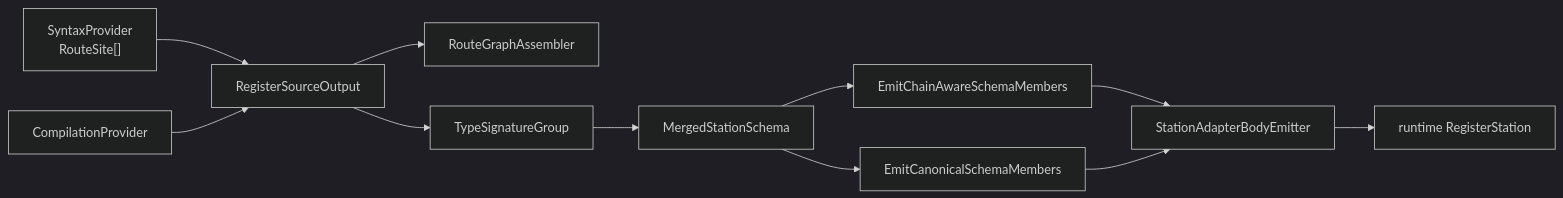
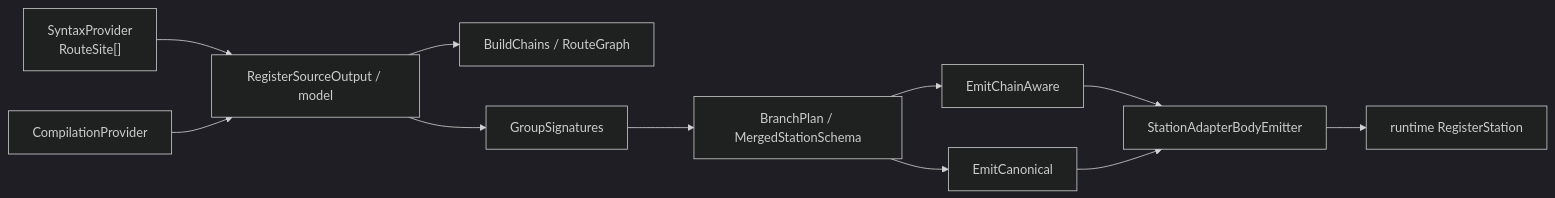
Before and after one commit to moragfullrest-cmyk/TrainOP: the fourth of 7 diagrams in docs/architecture-internals.md, drawn with Mermaid (dark theme). The commit also changed other lines of this file and 49 other files, not shown here.

````diff
--- a/docs/architecture-internals.md
+++ b/docs/architecture-internals.md
@@ -331,13 +388,13 @@
 ```mermaid
 flowchart LR
-  SP["SyntaxProvider<br/>RouteSite[]"] --> CB["RegisterSourceOutput"]
+  SP["SyntaxProvider<br/>RouteSite[]"] --> CB["RegisterSourceOutput / model"]
   CP["CompilationProvider"] --> CB
-  CB --> RGA["RouteGraphAssembler"]
-  CB --> TSG["TypeSignatureGroup"]
-  TSG --> MSS["MergedStationSchema"]
-  MSS --> E1["EmitChainAwareSchemaMembers"]
-  MSS --> E2["EmitCanonicalSchemaMembers"]
+  CB --> RGA["BuildChains / RouteGraph"]
+  CB --> TSG["GroupSignatures"]
+  TSG --> MSS["BranchPlan / MergedStationSchema"]
+  MSS --> E1["EmitChainAware"]
+  MSS --> E2["EmitCanonical"]
   E1 --> SAB["StationAdapterBodyEmitter"]
   E2 --> SAB
   SAB --> RS["runtime RegisterStation"]
 ```
````
